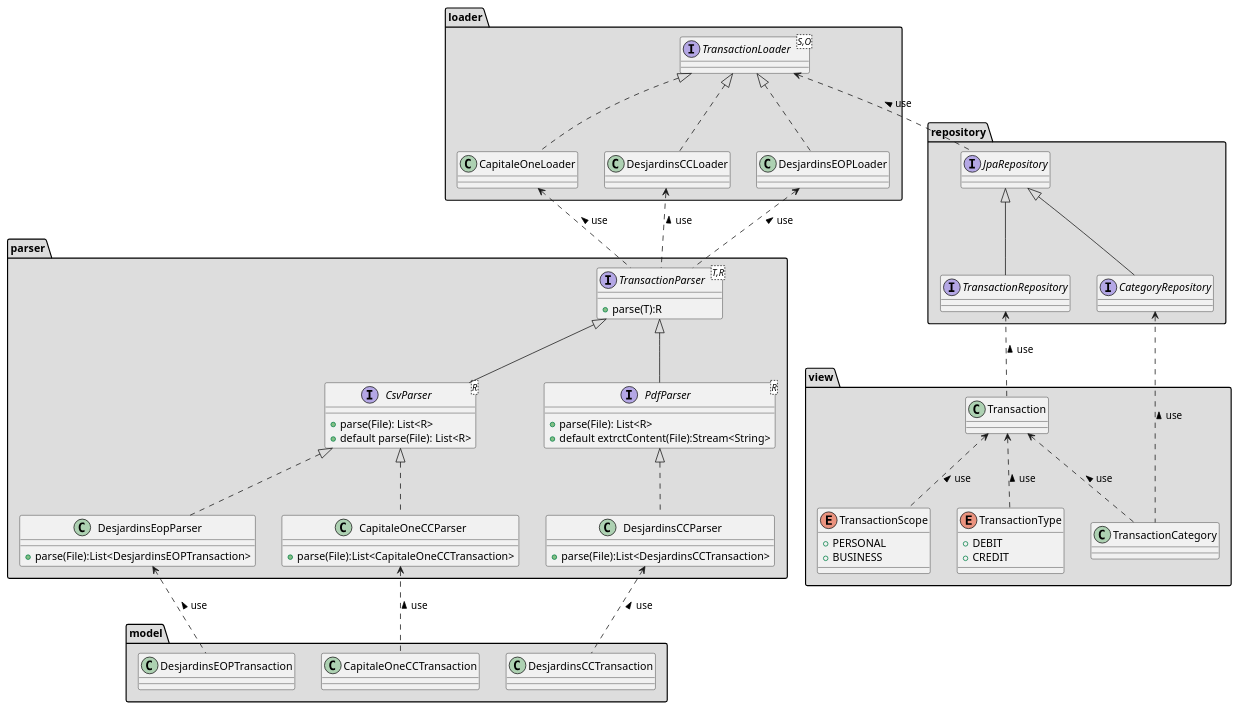
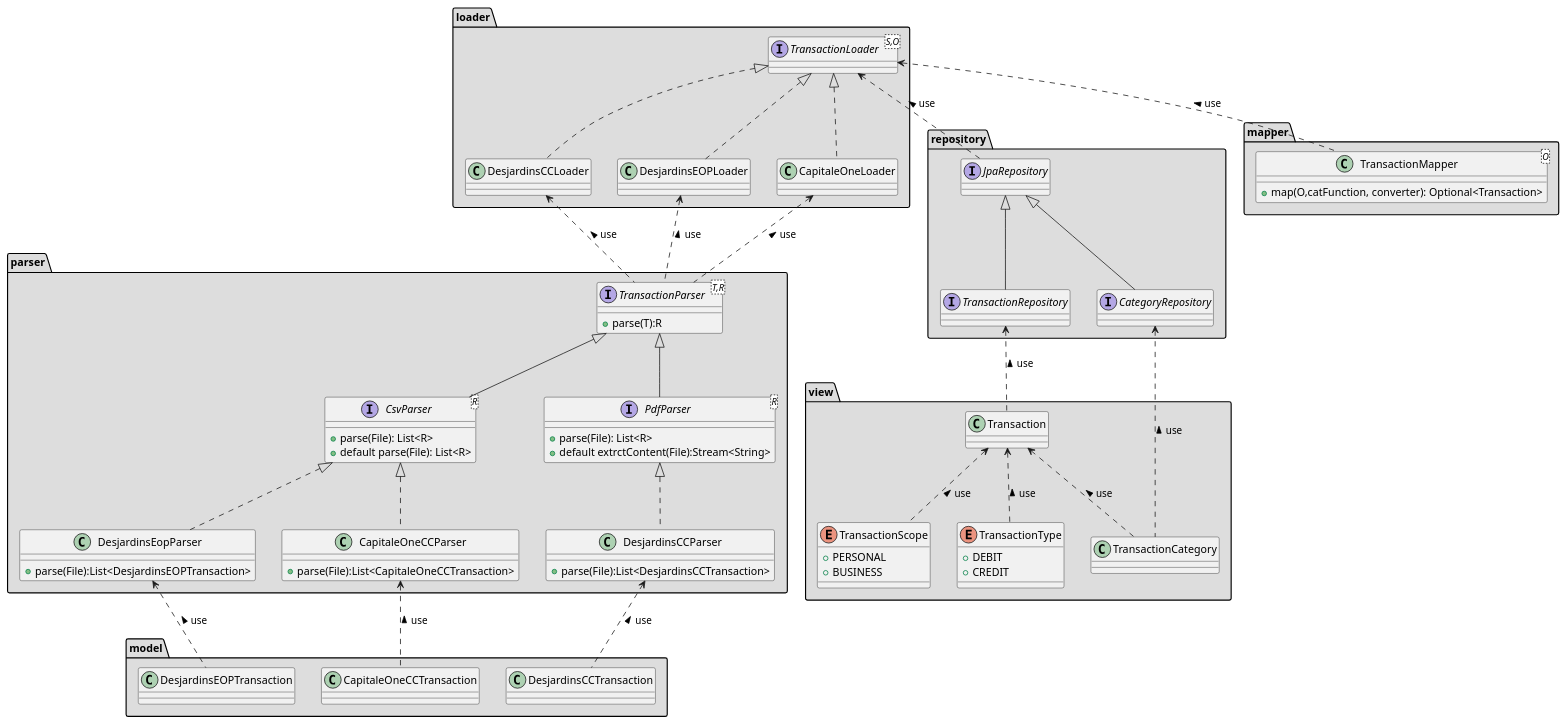
One commit to global-erp-organisation/transaction-manager changed the diagram in src/main/resources/transaction-loader.puml. Above: the diagram before and after it, drawn with PlantUML. The commit also changed 11 other files, not shown here.

```diff
--- a/src/main/resources/transaction-loader.puml
+++ b/src/main/resources/transaction-loader.puml
@@ -1,68 +1,75 @@
 @startuml
 
 package loader #DDDDDD{
   interface TransactionLoader<S,O> {
   }
   class CapitaleOneLoader implements TransactionLoader {
   }
   class DesjardinsCCLoader implements TransactionLoader {
   }
   class DesjardinsEOPLoader implements TransactionLoader {
   }
 }
 package parser #DDDDDD{
 interface TransactionParser<T,R> {
   +parse(T):R
 }
 interface CsvParser<R> extends TransactionParser {
   +parse(File): List<R>
   +default parse(File): List<R>
 }
 interface PdfParser<R> extends TransactionParser {
 +parse(File): List<R>
 +default extrctContent(File):Stream<String>
 }
 class CapitaleOneCCParser implements CsvParser{
  +parse(File):List<CapitaleOneCCTransaction>
 }
 class DesjardinsCCParser implements PdfParser {
  +parse(File):List<DesjardinsCCTransaction>
 }
 class DesjardinsEopParser implements CsvParser {
     +parse(File):List<DesjardinsEOPTransaction>
 }
 }
 package repository #DDDDDD{
  interface TransactionRepository extends JpaRepository
  interface CategoryRepository extends JpaRepository
 }
 package model #DDDDDD{
 class CapitaleOneCCTransaction
 class DesjardinsCCTransaction
 class DesjardinsEOPTransaction
 }
 package view #DDDDDD{
 class Transaction
 class TransactionCategory
 enum TransactionType {
     +DEBIT
     +CREDIT
 }
 enum TransactionScope{
  +PERSONAL
  +BUSINESS
 }
+}
+package mapper #DDDDDD {
+ class TransactionMapper<O> {
+ +map(O,catFunction, converter): Optional<Transaction>
+ }
+}
 
 CapitaleOneLoader <..TransactionParser: use <
 DesjardinsCCLoader <..TransactionParser: use <
 DesjardinsEOPLoader <..TransactionParser: use <
 CapitaleOneCCParser <..CapitaleOneCCTransaction: use <
 DesjardinsCCParser <.. DesjardinsCCTransaction: use <
 DesjardinsEopParser <.. DesjardinsEOPTransaction: use <
 Transaction <..TransactionCategory: use <
 Transaction <..TransactionType: use <
 Transaction <..TransactionScope: use <
 TransactionLoader <..JpaRepository: use <
 TransactionRepository <..Transaction: use <
 CategoryRepository <..TransactionCategory: use <
+TransactionLoader <.. TransactionMapper: use <
 @enduml
```
